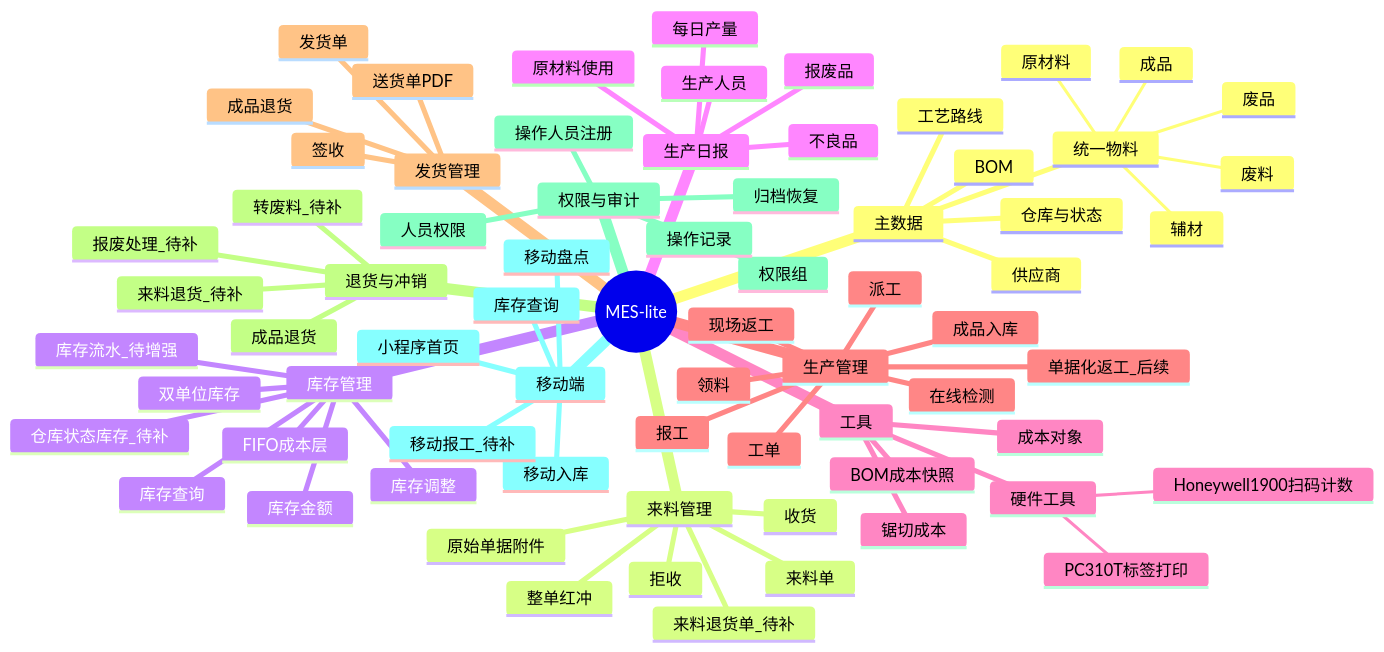
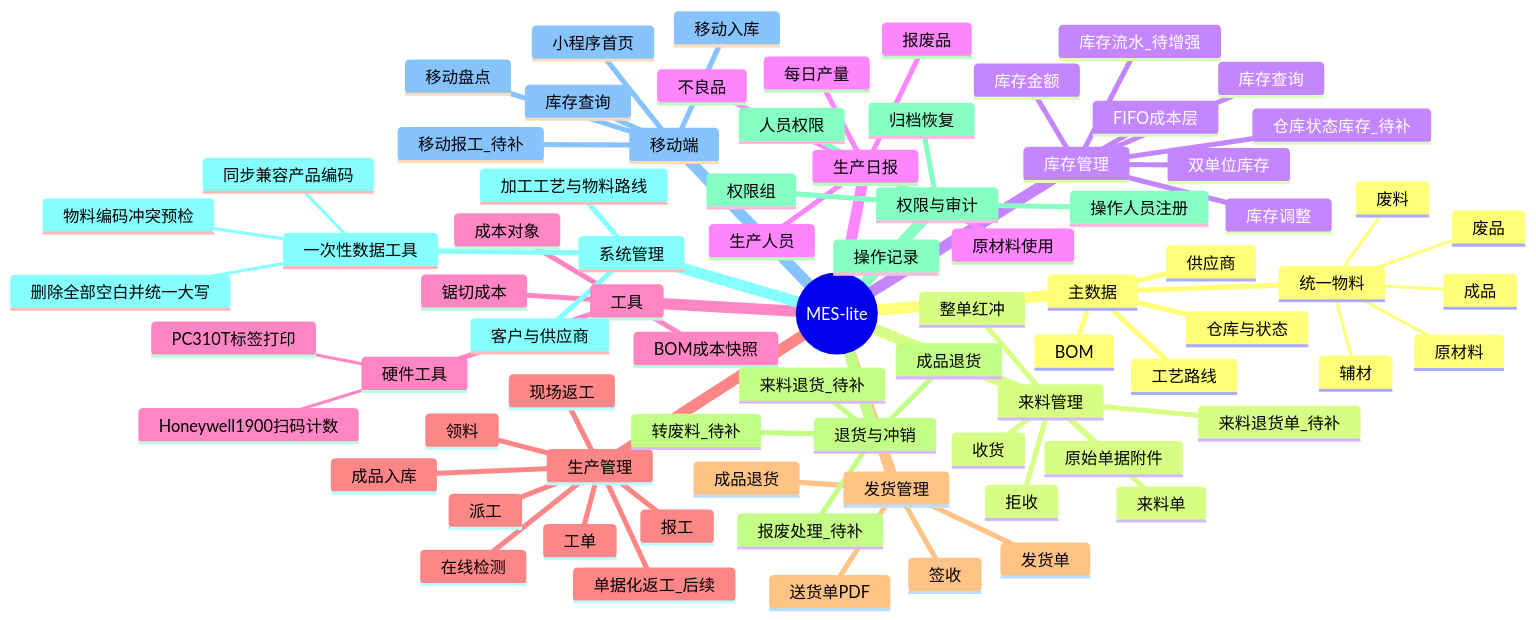
Before and after one commit to goldf2/mes-lite: the first of 13 diagrams in docs/minierp/system-function-flow.md, drawn with Mermaid. The commit also changed other lines of this file and 10 other files, not shown here.

````diff
--- a/docs/minierp/system-function-flow.md
+++ b/docs/minierp/system-function-flow.md
@@ -18,74 +18,81 @@
 ```mermaid
 mindmap
   root((MES-lite))
     主数据
       统一物料
         原材料
         成品
         辅材
         废料
         废品
       供应商
       BOM
       工艺路线
       仓库与状态
     来料管理
       来料单
       原始单据附件
       收货
       拒收
       整单红冲
       来料退货单_待补
     库存管理
       库存查询
       双单位库存
       库存金额
       FIFO成本层
       库存调整
       库存流水_待增强
       仓库状态库存_待补
     生产日报
       每日产量
       不良品
       报废品
       原材料使用
       生产人员
     工具
       锯切成本
       成本对象
       BOM成本快照
       硬件工具
         Honeywell1900扫码计数
         PC310T标签打印
     生产管理
       工单
       领料
       派工
       报工
       在线检测
       现场返工
       成品入库
       单据化返工_后续
     发货管理
       发货单
       送货单PDF
       签收
       成品退货
     退货与冲销
       成品退货
       来料退货_待补
       报废处理_待补
       转废料_待补
     权限与审计
       操作人员注册
       人员权限
       权限组
       操作记录
       归档恢复
+    系统管理
+      客户与供应商
+      加工工艺与物料路线
+      一次性数据工具
+        物料编码冲突预检
+        删除全部空白并统一大写
+        同步兼容产品编码
     移动端
       小程序首页
       库存查询
       移动入库
       移动盘点
       移动报工_待补
 ```
````
